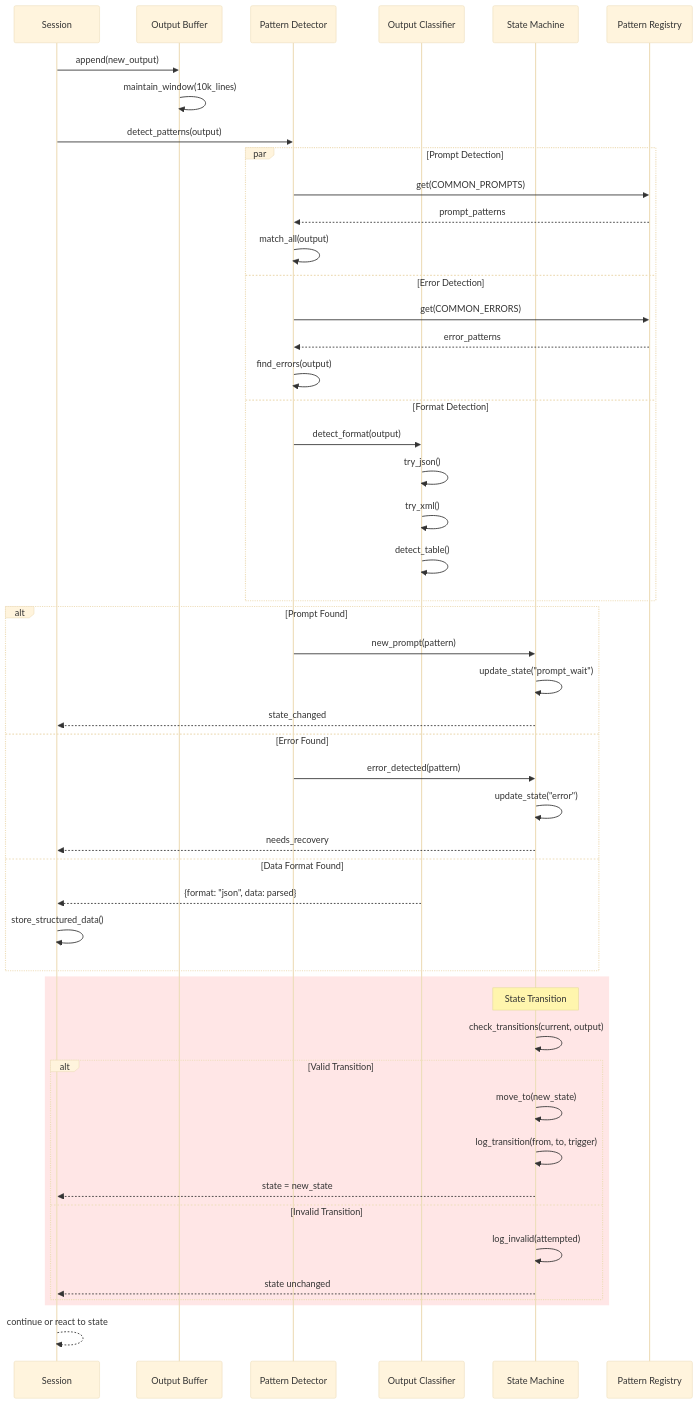
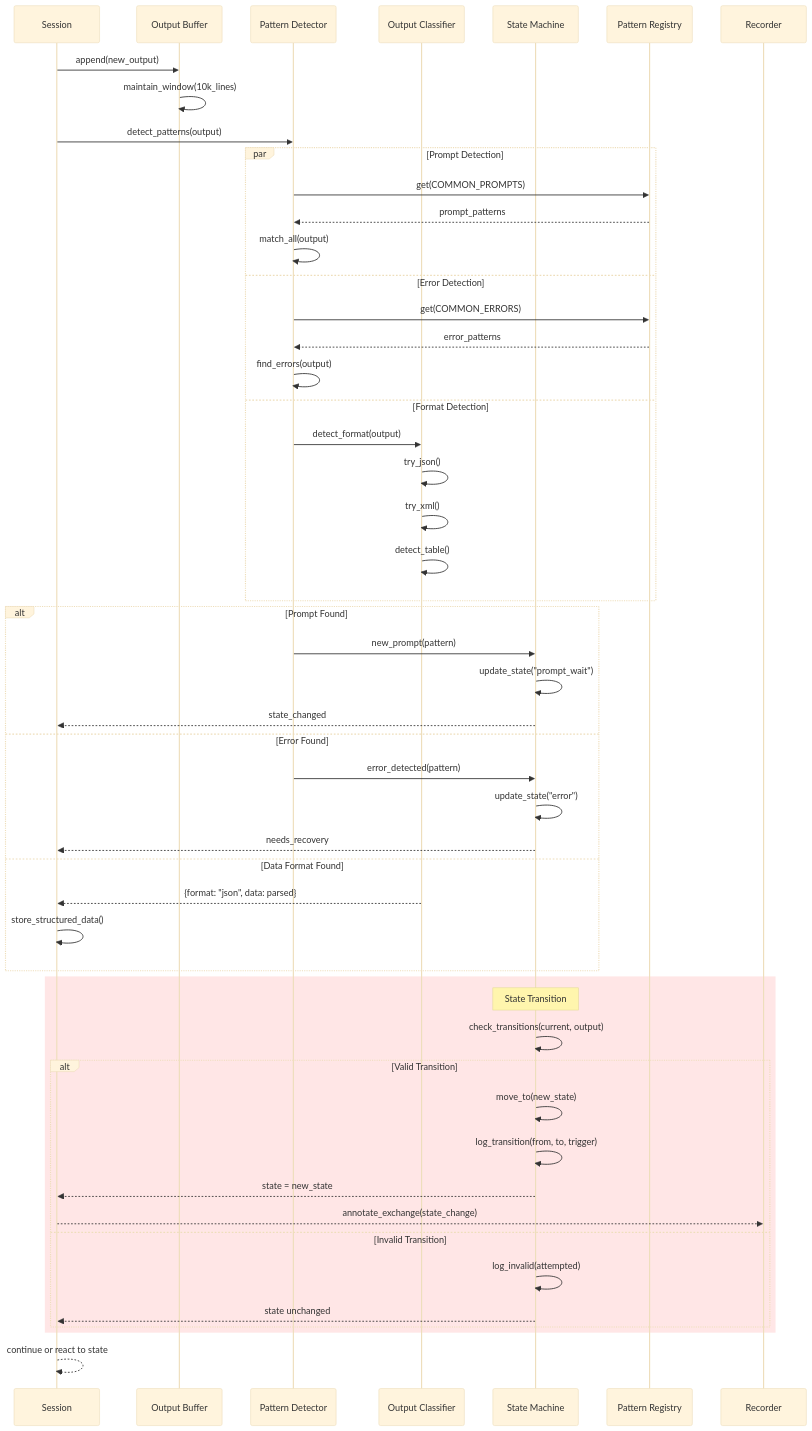
The tenth of 12 diagrams in sequence_diagrams.md (jimmc414/claude_control), drawn with Mermaid (base theme) before and after one commit. The commit also changed other lines of this file, not shown here.

Commit message:
Update sequence diagrams for record and replay

````diff
--- a/sequence_diagrams.md
+++ b/sequence_diagrams.md
@@ -367,58 +589,60 @@
 ```mermaid
 sequenceDiagram
     participant Session
     participant Buffer as Output Buffer
     participant Detector as Pattern Detector
     participant Classifier as Output Classifier
     participant State as State Machine
     participant Registry as Pattern Registry
+    participant Recorder
 
     Session->>Buffer: append(new_output)
     Buffer->>Buffer: maintain_window(10k_lines)
-    
+
     Session->>Detector: detect_patterns(output)
-    
+
     par Prompt Detection
         Detector->>Registry: get(COMMON_PROMPTS)
         Registry-->>Detector: prompt_patterns
         Detector->>Detector: match_all(output)
     and Error Detection
         Detector->>Registry: get(COMMON_ERRORS)
         Registry-->>Detector: error_patterns
         Detector->>Detector: find_errors(output)
     and Format Detection
         Detector->>Classifier: detect_format(output)
         Classifier->>Classifier: try_json()
         Classifier->>Classifier: try_xml()
         Classifier->>Classifier: detect_table()
     end
 
     alt Prompt Found
         Detector->>State: new_prompt(pattern)
         State->>State: update_state("prompt_wait")
         State-->>Session: state_changed
     else Error Found
         Detector->>State: error_detected(pattern)
         State->>State: update_state("error")
         State-->>Session: needs_recovery
     else Data Format Found
         Classifier-->>Session: {format: "json", data: parsed}
         Session->>Session: store_structured_data()
     end
 
     rect rgb(255, 230, 230)
         Note over State: State Transition
         State->>State: check_transitions(current, output)
-        
+
         alt Valid Transition
             State->>State: move_to(new_state)
             State->>State: log_transition(from, to, trigger)
             State-->>Session: state = new_state
+            Session-->>Recorder: annotate_exchange(state_change)
         else Invalid Transition
             State->>State: log_invalid(attempted)
             State-->>Session: state unchanged
         end
     end
 
     Session-->>Session: continue or react to state
 ```
````
